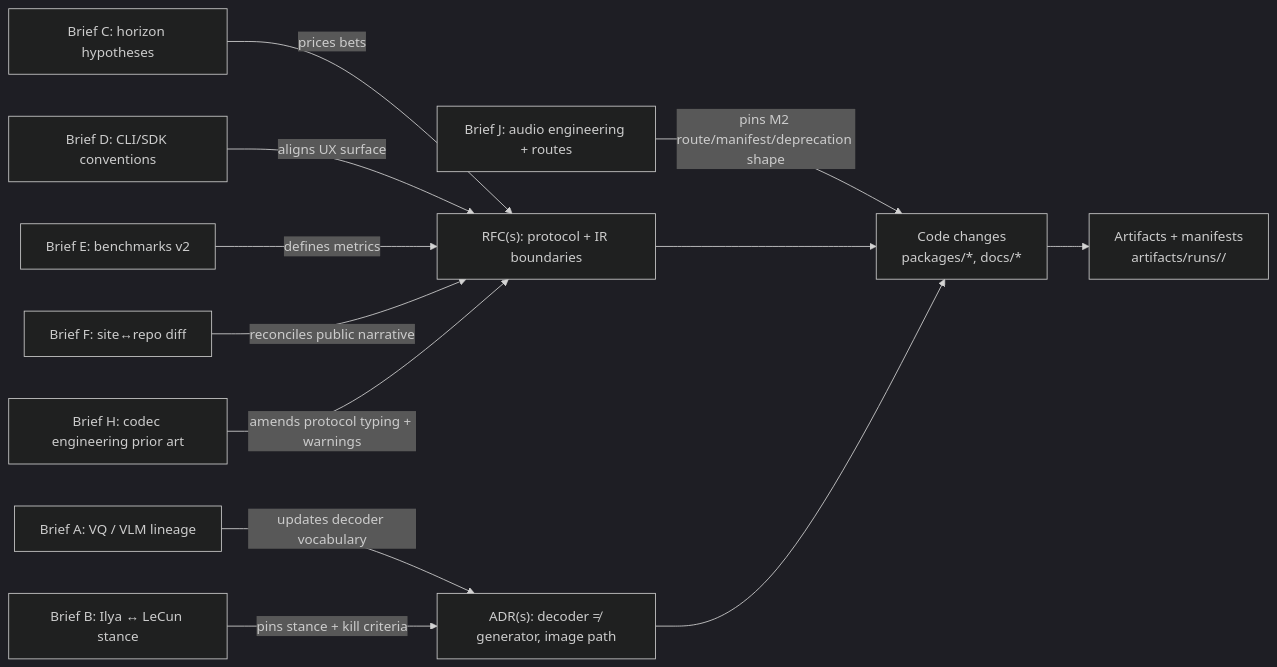
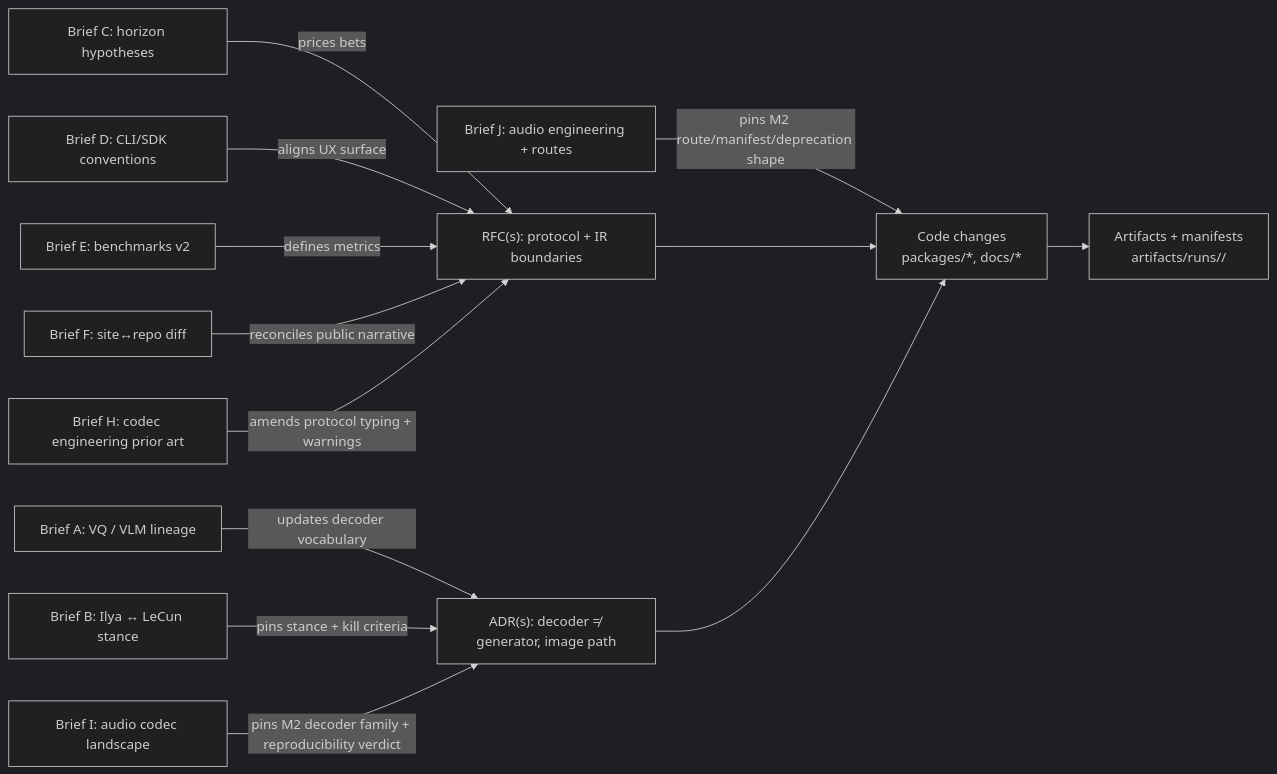
Before and after one commit to p-to-q/wittgenstein: the diagram in docs/research/briefs/README.md, drawn with Mermaid (dark theme). The commit also changed other lines of this file and 2 other files, not shown here.

Commit message:
docs(briefs): add Brief I — audio codec landscape (M2 TTS decoder verdict)
Names Kokoro-82M-family decoder as the v0.3 audio TTS path under
Apache-2.0, with Piper as named fallback. Audio tokenizer:
opaque-waveform (no tokenizer at the harness boundary). Soundscape and
music: defer to v0.4. Reproducibility: CPU = byte-parity, GPU =
structural-parity, with determinism class written to the manifest.

Pressure-tested against 8 TTS candidates (Coqui XTTS, Piper, Kokoro-82M,
F5-TTS, MaskGCT, Parler-TTS, Fish-Speech, MeloTTS) and 5 audio
tokenizers (EnCodec, DAC, Mimi, SpeechTokenizer, WavTokenizer) on
license + reproducibility + quality. Sweep-level kill criterion does
not fire — Kokoro passes (a) Apache-2.0 weights + permissive training
data and (c) #1 TTS Arena Jan 2026; (b) seed-deterministic CPU
inference is the M2 verification target.

Reconciles with Brief C §H4 (procedural-music-as-LilyPond stays).
Feeds into ADR-0015-audio-decoder-family and an audio-port.md
amendment that mirrors M1A's "LFQ-family-decoder" naming pattern.

````diff
--- a/docs/research/briefs/README.md
+++ b/docs/research/briefs/README.md
@@ -21,15 +22,16 @@
 ```mermaid
 flowchart LR
   A["Brief A: VQ / VLM lineage"] -->|updates decoder vocabulary| ADR["ADR(s): decoder ≠ generator, image path"]
   B["Brief B: Ilya ↔ LeCun stance"] -->|pins stance + kill criteria| ADR
   C["Brief C: horizon hypotheses"] -->|prices bets| RFC["RFC(s): protocol + IR boundaries"]
   D["Brief D: CLI/SDK conventions"] -->|aligns UX surface| RFC
   E["Brief E: benchmarks v2"] -->|defines metrics| RFC
   F["Brief F: site↔repo diff"] -->|reconciles public narrative| RFC
   H["Brief H: codec engineering prior art"] -->|amends protocol typing + warnings| RFC
+  I["Brief I: audio codec landscape"] -->|pins M2 decoder family + reproducibility verdict| ADR
   J["Brief J: audio engineering + routes"] -->|pins M2 route/manifest/deprecation shape| Code
 
   RFC --> Code["Code changes\npackages/*, docs/*"]
   ADR --> Code
   Code --> Runs["Artifacts + manifests\nartifacts/runs/<id>/"]
 ```
````
